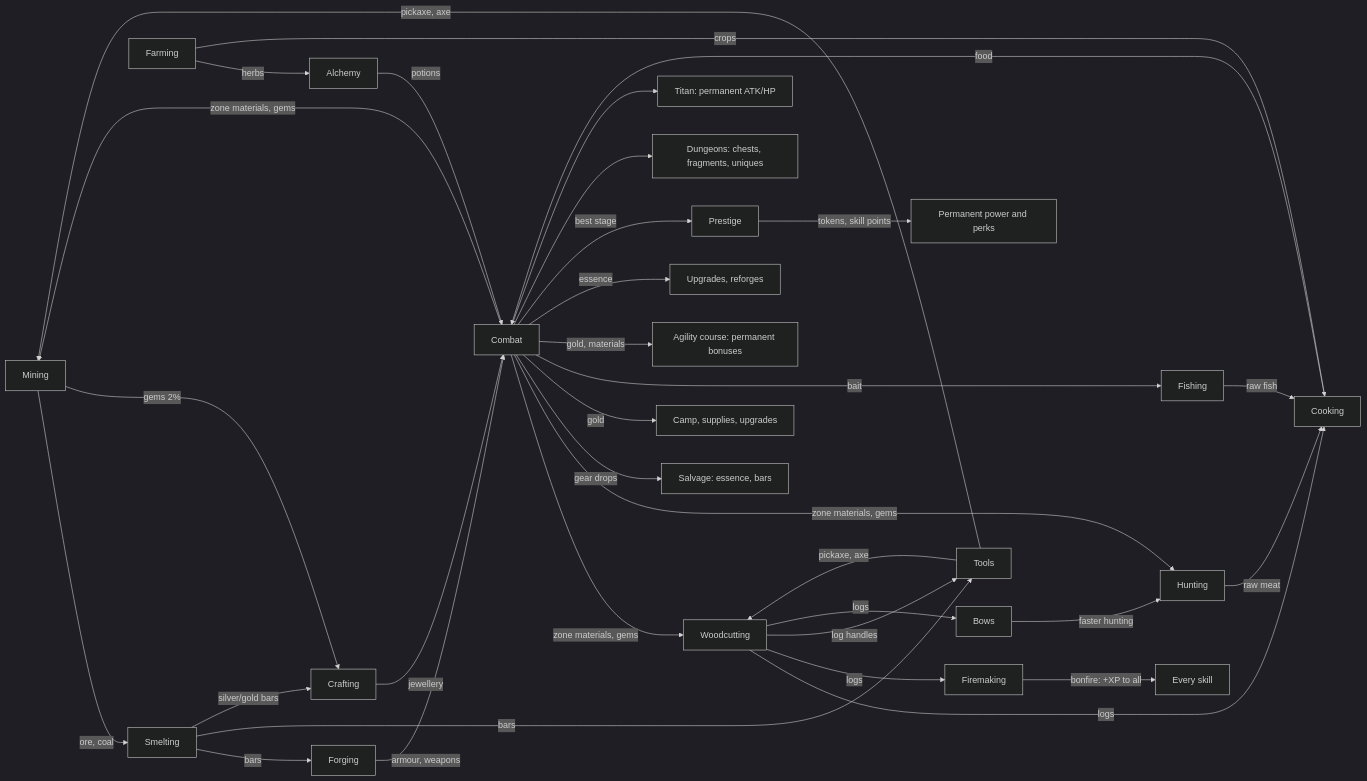
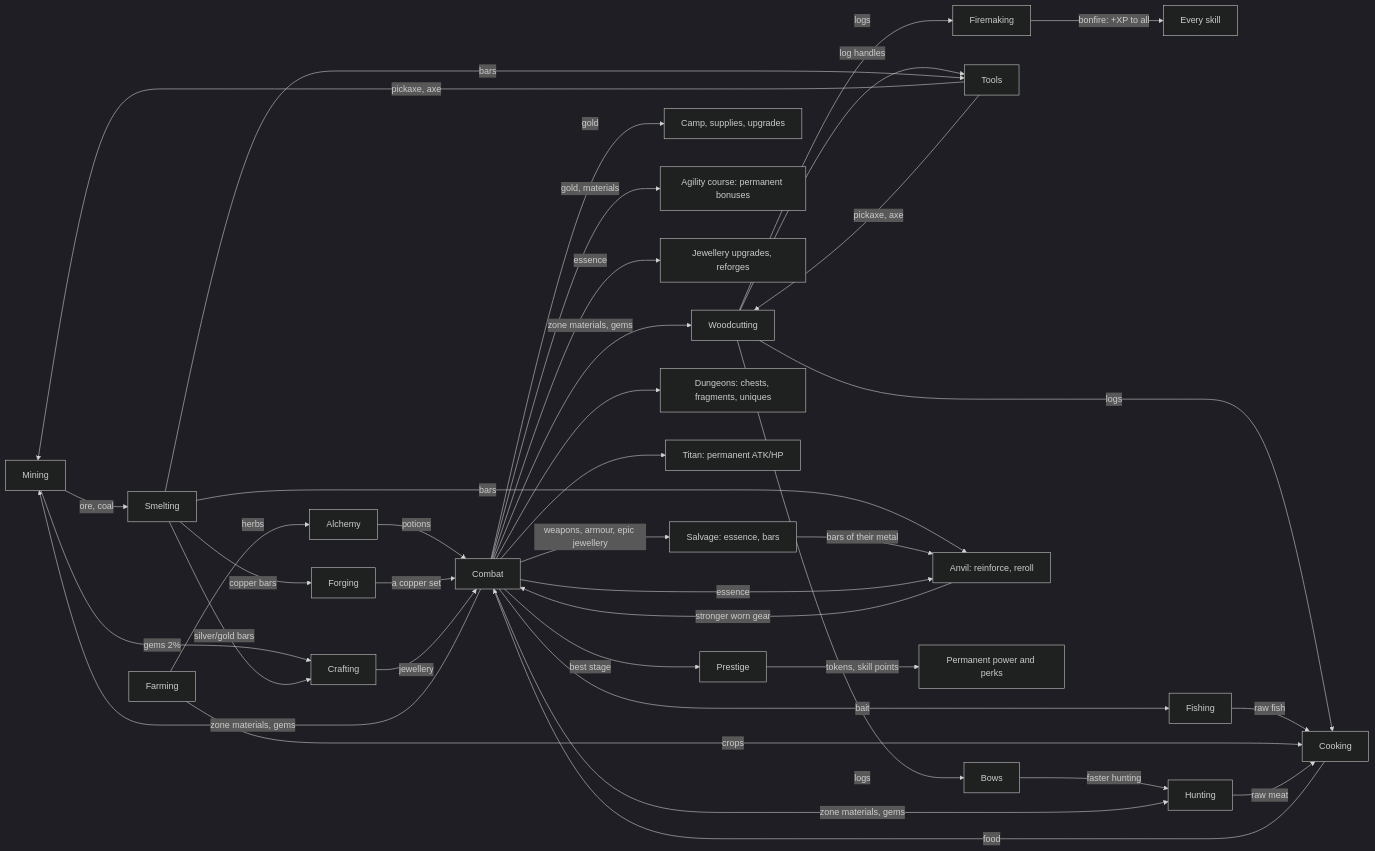
Before and after one commit to tufantr/idle2: the diagram in docs/DESIGN.md, drawn with Mermaid (dark theme). The commit also changed other lines of this file and 27 other files, not shown here.

First line of the commit message:
feat: weapons and armour from the fight, and Smithing's anvil

````diff
--- a/docs/DESIGN.md
+++ b/docs/DESIGN.md
@@ -38,33 +38,37 @@
 ```mermaid
 flowchart LR
     Mining -->|ore, coal| Smelting
     Mining -->|gems 2%| Crafting
     Woodcutting -->|logs| Cooking
     Woodcutting -->|logs| Firemaking
     Firemaking -->|bonfire: +XP to all| Skills["Every skill"]
     Fishing -->|raw fish| Cooking
     Farming -->|herbs| Alchemy
     Farming -->|crops| Cooking
     Woodcutting -->|log handles| Tools
     Woodcutting -->|logs| Bows
     Hunting -->|raw meat| Cooking
-    Smelting -->|bars| Forging
+    Smelting -->|copper bars| Forging
+    Smelting -->|bars| Anvil["Anvil: reinforce, reroll"]
     Smelting -->|bars| Tools
     Smelting -->|silver/gold bars| Crafting
     Alchemy -->|potions| Combat
     Cooking -->|food| Combat
-    Forging -->|armour, weapons| Combat
+    Forging -->|a copper set| Combat
+    Anvil -->|stronger worn gear| Combat
     Crafting -->|jewellery| Combat
     Tools -->|pickaxe, axe| Mining & Woodcutting
     Bows -->|faster hunting| Hunting
     Combat -->|zone materials, gems| Mining & Woodcutting & Hunting
-    Combat -->|gear drops| Salvage["Salvage: essence, bars"]
+    Combat -->|weapons, armour, epic jewellery| Salvage["Salvage: essence, bars"]
+    Salvage -->|bars of their metal| Anvil
     Combat -->|gold| Camp["Camp, supplies, upgrades"]
     Combat -->|bait| Fishing
     Combat -->|gold, materials| Agility["Agility course: permanent bonuses"]
-    Combat -->|essence| Upgrades["Upgrades, reforges"]
+    Combat -->|essence| Anvil
+    Combat -->|essence| Upgrades["Jewellery upgrades, reforges"]
     Combat -->|best stage| Prestige
     Combat --> Dungeons["Dungeons: chests, fragments, uniques"]
     Combat --> Titan["Titan: permanent ATK/HP"]
     Prestige -->|tokens, skill points| Perks["Permanent power and perks"]
 ```
````
